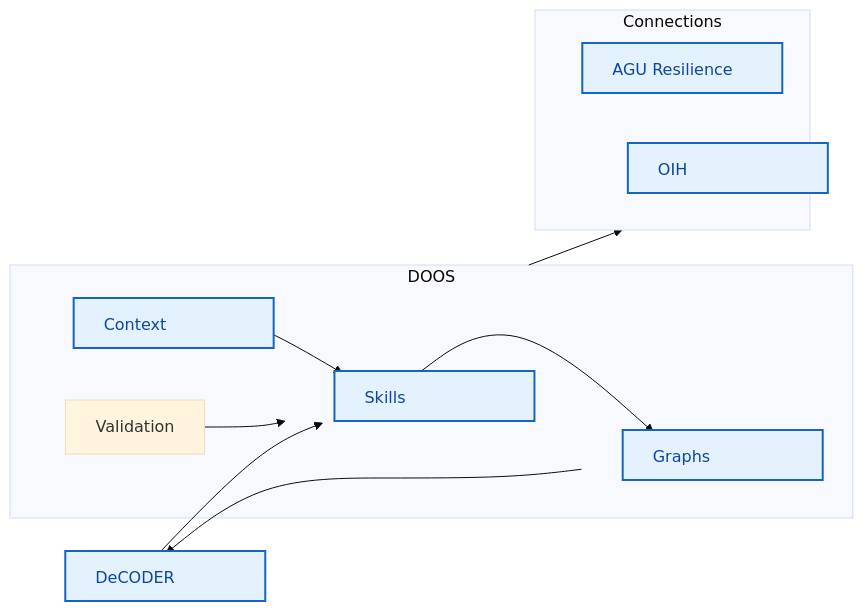
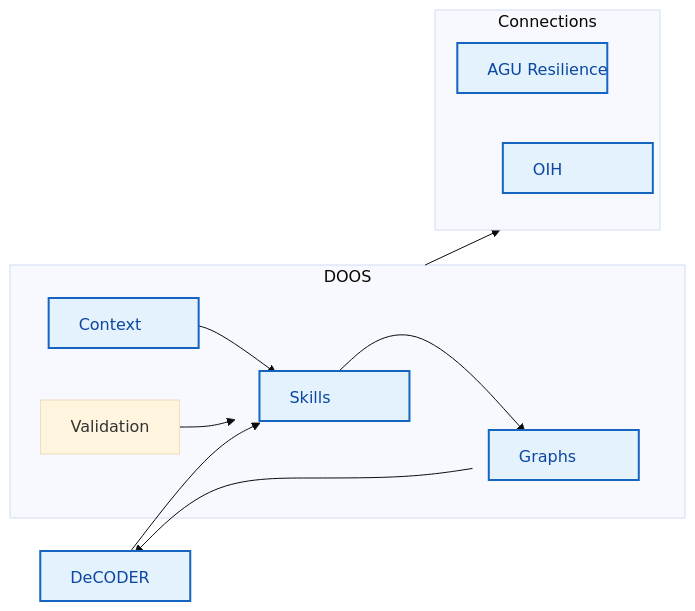
One commit to earthcube/doos changed the first of 12 diagrams in docs/reports/may-june-2026-activity-report.md. Above: the diagram before and after it, drawn with Mermaid (base theme).

Commit message:
Shrink Mermaid diagram node widths in activity report

````diff
--- a/docs/reports/may-june-2026-activity-report.md
+++ b/docs/reports/may-june-2026-activity-report.md
@@ -48,30 +48,30 @@
 ```mermaid
 flowchart LR
 classDef resources fill:#e3f2fd,stroke:#1565c0,stroke-width:2px,color:#0d47a1
 
     S1[DeCODER]:::resources --> skills
     
     subgraph Group1 ["DOOS"]
         context["Context"]:::resources --> skills["Skills"]:::resources
         skills --> kg["Graphs"]:::resources
         val["Validation"] --> skills
     end
 
     kg --> S1
 
     subgraph Connections ["Connections"]
         direction LR
         S3[AGU Resilience]:::resources
         S4[OIH]:::resources
     end
 
     Group1 --> Connections
 
     %% Force uniform box sizing for all nodes
-    style S1 width:200px,height:50px
-    style skills width:200px,height:50px
-    style context width:200px,height:50px
-    style kg width:200px,height:50px
-    style S3 width:200px,height:50px
-    style S4 width:200px,height:50px
+    style S1 width:150px,height:50px
+    style skills width:150px,height:50px
+    style context width:150px,height:50px
+    style kg width:150px,height:50px
+    style S3 width:150px,height:50px
+    style S4 width:150px,height:50px
 ```
````
